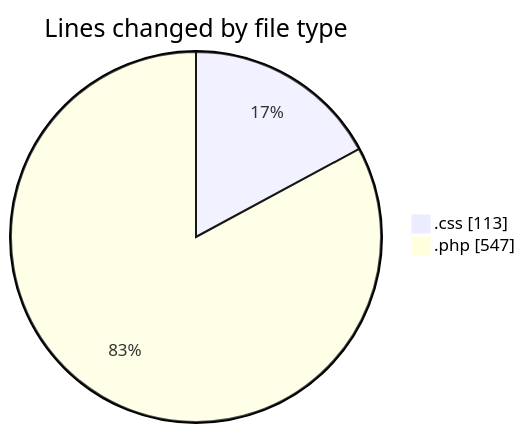
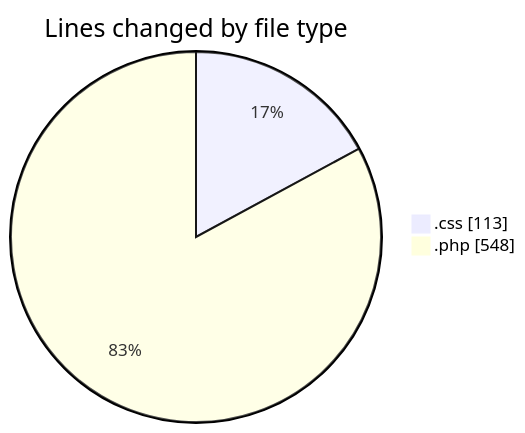
The first of 2 diagrams in 2026-03-20/designexo-child/README.md (momahboobian/code-tracking), drawn with Mermaid before and after one commit. The commit also changed other lines of this file and 1 other file, not shown here.

````diff
--- a/2026-03-20/designexo-child/README.md
+++ b/2026-03-20/designexo-child/README.md
@@ -28,6 +28,6 @@
 ```mermaid
 pie showData
 title Lines changed by file type
 ".css" : 113
-".php" : 547
+".php" : 548
 ```
````
